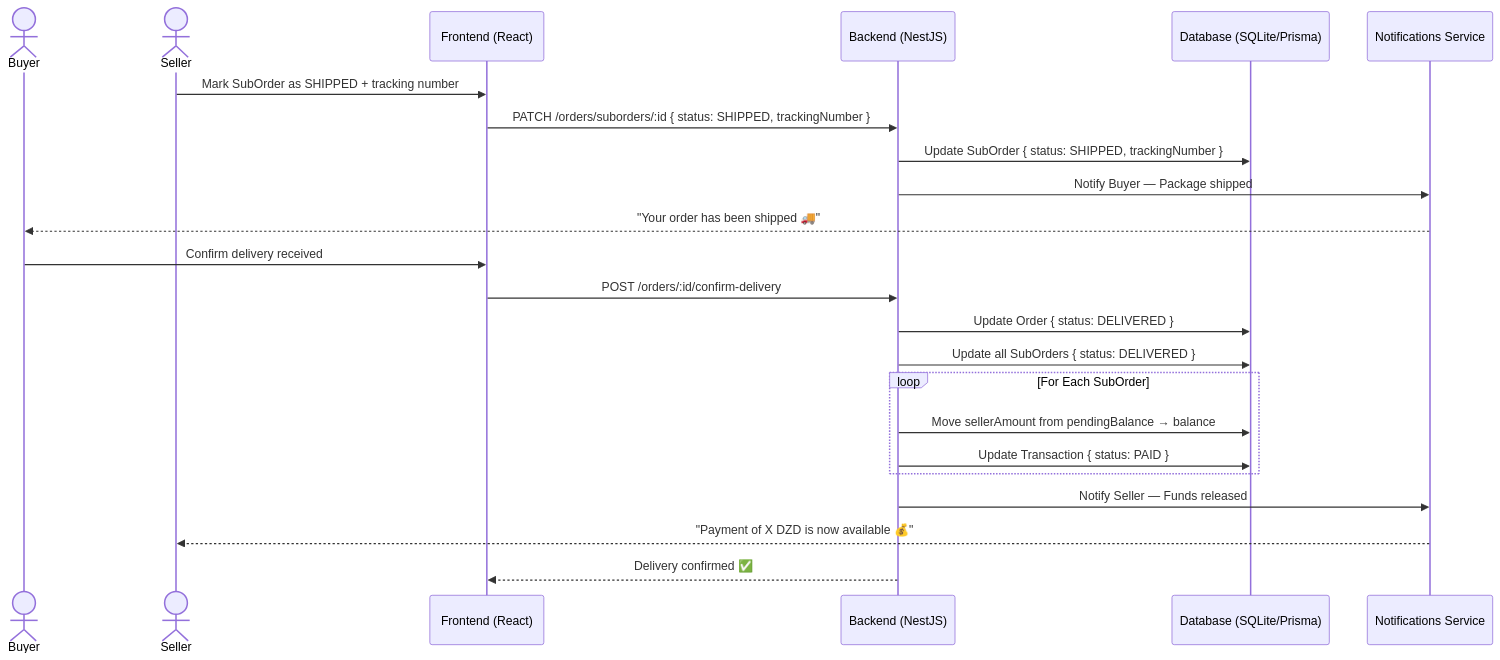
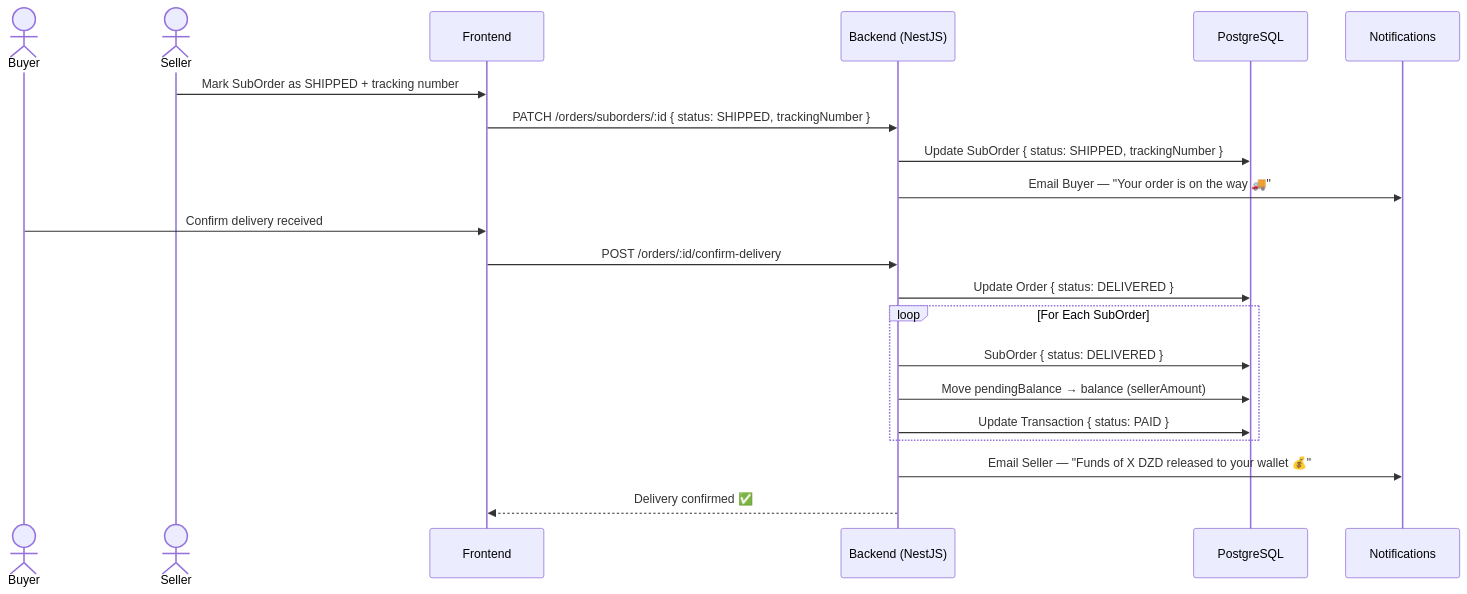
One commit to tayeb736/prohect12 changed the sixth of 10 diagrams in diagrams/02_sequence_diagram.md. Above: the diagram before and after it, drawn with Mermaid. The commit also changed other lines of this file and 7 other files, not shown here.

Commit message:
docs: update all UML diagrams — add PostgreSQL, Redis, S3, Stripe, SendGrid, KYC, Swagger per readme2 & README3

````diff
--- a/diagrams/02_sequence_diagram.md
+++ b/diagrams/02_sequence_diagram.md
@@ -193,29 +206,27 @@
 ```mermaid
 sequenceDiagram
   actor Buyer
   actor Seller
-  participant Browser as Frontend (React)
+  participant Browser as Frontend
   participant API as Backend (NestJS)
-  participant DB as Database (SQLite/Prisma)
-  participant Notif as Notifications Service
+  participant DB as PostgreSQL
+  participant Notif as Notifications
 
   Seller->>Browser: Mark SubOrder as SHIPPED + tracking number
   Browser->>API: PATCH /orders/suborders/:id { status: SHIPPED, trackingNumber }
   API->>DB: Update SubOrder { status: SHIPPED, trackingNumber }
-  API->>Notif: Notify Buyer — Package shipped
-  Notif-->>Buyer: "Your order has been shipped 🚚"
+  API->>Notif: Email Buyer — "Your order is on the way 🚚"
 
   Buyer->>Browser: Confirm delivery received
   Browser->>API: POST /orders/:id/confirm-delivery
   API->>DB: Update Order { status: DELIVERED }
-  API->>DB: Update all SubOrders { status: DELIVERED }
-  
+
   loop For Each SubOrder
-    API->>DB: Move sellerAmount from pendingBalance → balance
+    API->>DB: SubOrder { status: DELIVERED }
+    API->>DB: Move pendingBalance → balance (sellerAmount)
     API->>DB: Update Transaction { status: PAID }
   end
 
-  API->>Notif: Notify Seller — Funds released
-  Notif-->>Seller: "Payment of X DZD is now available 💰"
+  API->>Notif: Email Seller — "Funds of X DZD released to your wallet 💰"
   API-->>Browser: Delivery confirmed ✅
 ```
````
